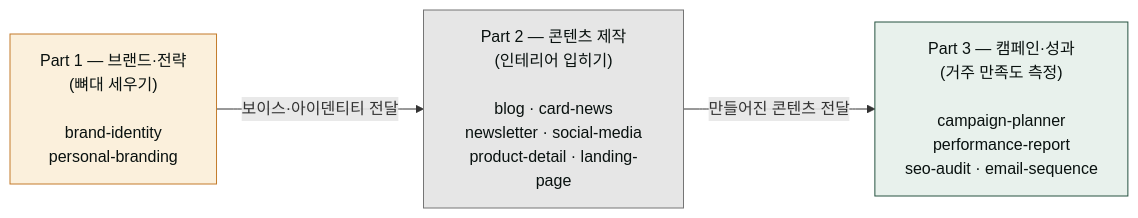
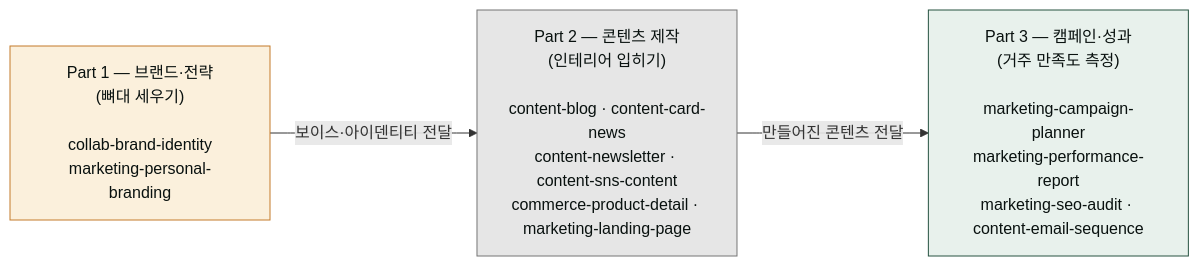
Before and after one commit to modu-ai/cowork-plugins: the fourth of 5 diagrams in www/content/cookbook/tracks/track-marketing.md, drawn with Mermaid. The commit also changed other lines of this file and 45 other files, not shown here.

First line of the commit message:
docs(www): 스킬명 정합 + 깨진 링크 수정 + mermaid 보강

````diff
--- a/www/content/cookbook/tracks/track-marketing.md
+++ b/www/content/cookbook/tracks/track-marketing.md
@@ -88,13 +88,13 @@
 ```mermaid
 flowchart LR
-   P1["Part 1 — 브랜드·전략<br/>(뼈대 세우기)<br/><br/>brand-identity<br/>personal-branding"]
-   P2["Part 2 — 콘텐츠 제작<br/>(인테리어 입히기)<br/><br/>blog · card-news<br/>newsletter · social-media<br/>product-detail · landing-page"]
-   P3["Part 3 — 캠페인·성과<br/>(거주 만족도 측정)<br/><br/>campaign-planner<br/>performance-report<br/>seo-audit · email-sequence"]
+   P1["Part 1 — 브랜드·전략<br/>(뼈대 세우기)<br/><br/>collab-brand-identity<br/>marketing-personal-branding"]
+   P2["Part 2 — 콘텐츠 제작<br/>(인테리어 입히기)<br/><br/>content-blog · content-card-news<br/>content-newsletter · content-sns-content<br/>commerce-product-detail · marketing-landing-page"]
+   P3["Part 3 — 캠페인·성과<br/>(거주 만족도 측정)<br/><br/>marketing-campaign-planner<br/>marketing-performance-report<br/>marketing-seo-audit · content-email-sequence"]
 
    P1 -->|"보이스·아이덴티티 전달"| P2
    P2 -->|"만들어진 콘텐츠 전달"| P3
 
    style P1 fill:#fbf0dc,stroke:#c47b2a,color:#09110f
    style P2 fill:#e6e6e6,stroke:#757575,color:#09110f
    style P3 fill:#e8f1ec,stroke:#265240,color:#09110f
 ```
````
